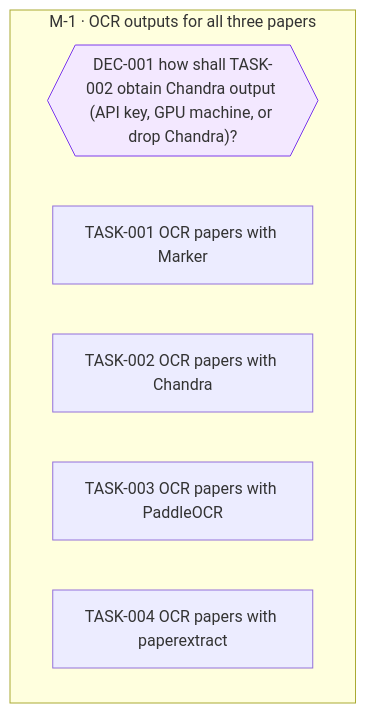
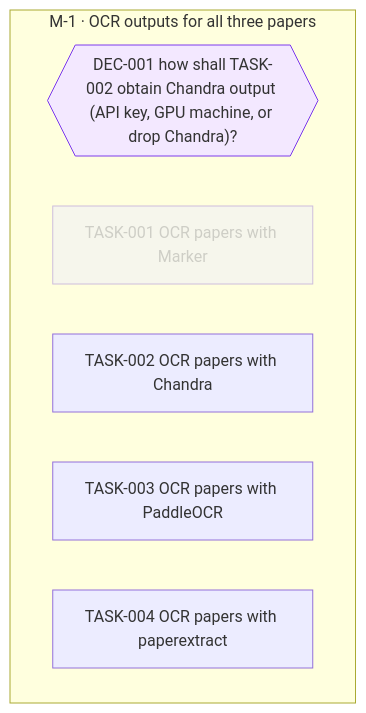
Before and after one commit to jesusvillota/replicate: the diagram in goals/ocr-papers/README.md, drawn with Mermaid. The commit also changed 2 other files, not shown here.

Commit message:
goal(ocr-papers): cancel TASK-001: old

````diff
--- a/goals/ocr-papers/README.md
+++ b/goals/ocr-papers/README.md
@@ -19,14 +19,15 @@
 ```mermaid
 flowchart TD
   subgraph M_1["M-1 · OCR outputs for all three papers"]
     DEC_001{{"DEC-001 how shall TASK-002 obtain Chandra output (API key, GPU machine, or drop Chandra)?"}}
     TASK_001["TASK-001 OCR papers with Marker"]
     TASK_002["TASK-002 OCR papers with Chandra"]
     TASK_003["TASK-003 OCR papers with PaddleOCR"]
     TASK_004["TASK-004 OCR papers with paperextract"]
   end
   classDef draft stroke-dasharray: 4 3
   classDef cancelled opacity:0.45
   classDef decision fill:#f3e8ff,stroke:#7c3aed
+  class TASK_001 cancelled
   class DEC_001 decision
 ```
````
